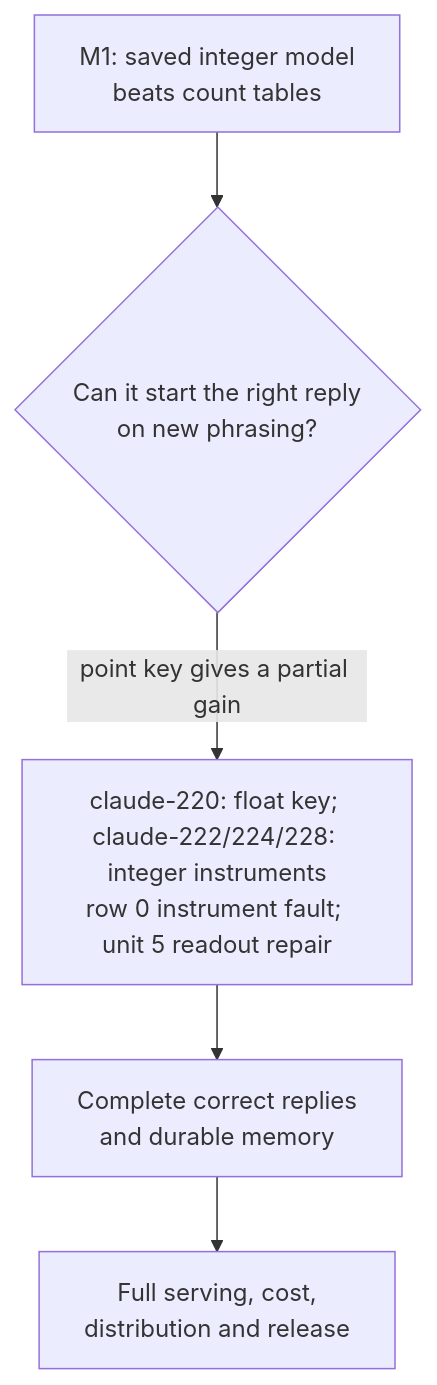
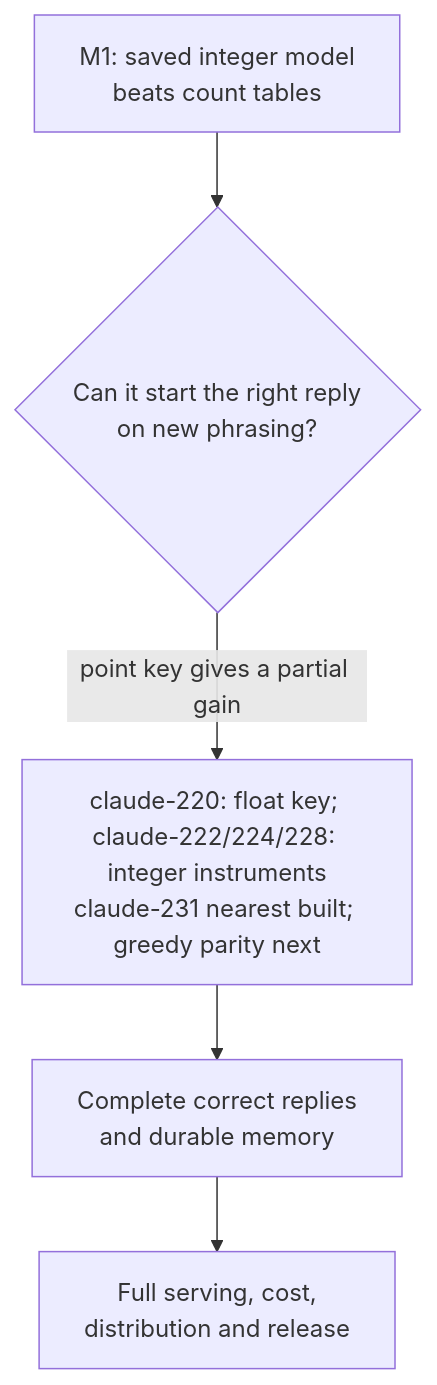
Before and after one commit to UOR-Foundation/uor-r4: the diagram in docs/research/open-questions.md, drawn with Mermaid. The commit also changed other lines of this file and 35 other files, not shown here.

Commit message:
[kimi] Record the nearest-readout implementation

````diff
--- a/docs/research/open-questions.md
+++ b/docs/research/open-questions.md
@@ -8,7 +8,7 @@
 ```mermaid
 flowchart TD
   A["M1: saved integer model<br/>beats count tables"] --> B{"Can it start the right reply<br/>on new phrasing?"}
-  B -- "point key gives a partial gain" --> M["claude-220: float key; claude-222/224/228: integer instruments<br/>row 0 instrument fault; unit 5 readout repair"]
+  B -- "point key gives a partial gain" --> M["claude-220: float key; claude-222/224/228: integer instruments<br/>claude-231 nearest built; greedy parity next"]
   M --> R["Complete correct replies<br/>and durable memory"]
   R --> S["Full serving, cost,<br/>distribution and release"]
 ```
````
